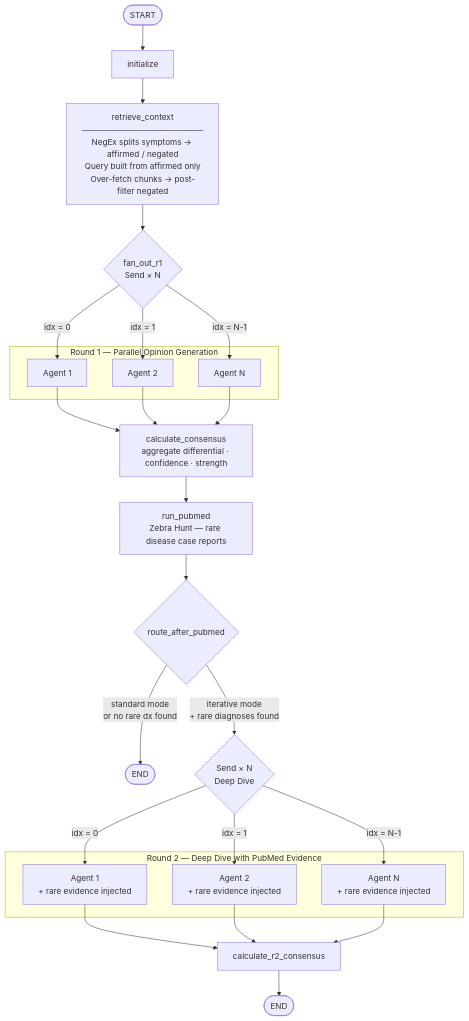
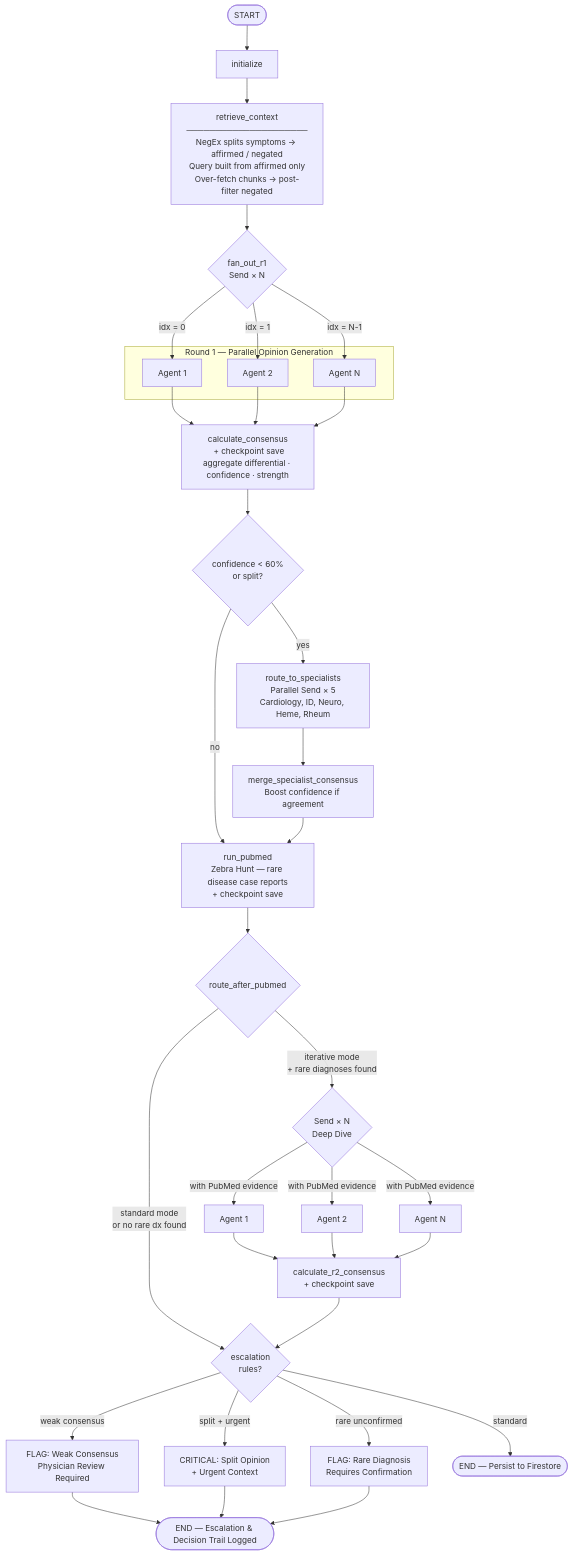
Before and after one commit to s23deepak/MedGemma: the diagram in README.md, drawn with Mermaid. The commit also changed other lines of this file, not shown here.

````diff
--- a/README.md
+++ b/README.md
@@ -43,38 +75,44 @@
 ```mermaid
 flowchart TD
     S([START]) --> A[initialize]
     A --> B["retrieve_context\n─────────────────────\nNegEx splits symptoms → affirmed / negated\nQuery built from affirmed only\nOver-fetch chunks → post-filter negated"]
 
     B --> F1{"fan_out_r1\nSend × N"}
 
     subgraph R1 ["Round 1 — Parallel Opinion Generation"]
         O1["Agent 1"]
         O2["Agent 2"]
         ON["Agent N"]
     end
 
     F1 -->|idx = 0| O1
     F1 -->|idx = 1| O2
     F1 -->|idx = N-1| ON
 
-    O1 & O2 & ON --> C["calculate_consensus\naggregate differential · confidence · strength"]
+    O1 & O2 & ON --> C["calculate_consensus\n + checkpoint save\naggregate differential · confidence · strength"]
 
-    C --> P["run_pubmed\nZebra Hunt — rare disease case reports"]
+    C --> RT1{confidence < 60%\nor split?}
+    RT1 -->|yes| SPEC["route_to_specialists\nParallel Send × 5\nCardiology, ID, Neuro, Heme, Rheum"]
+    RT1 -->|no| P["run_pubmed\nZebra Hunt — rare disease case reports\n+ checkpoint save"]
+
+    SPEC --> MSPEC["merge_specialist_consensus\nBoost confidence if agreement"]
+    MSPEC --> P
 
     P --> RT{route_after_pubmed}
-    RT -->|"standard mode\nor no rare dx found"| E1([END])
+    RT -->|"standard mode\nor no rare dx found"| ESCAL{escalation\nrules?}
     RT -->|"iterative mode\n+ rare diagnoses found"| F2{"Send × N\nDeep Dive"}
 
-    subgraph R2 ["Round 2 — Deep Dive with PubMed Evidence"]
-        P1["Agent 1\n+ rare evidence injected"]
-        P2["Agent 2\n+ rare evidence injected"]
-        PN["Agent N\n+ rare evidence injected"]
-    end
+    F2 -->|with PubMed evidence| P1["Agent 1"]
+    F2 -->|with PubMed evidence| P2["Agent 2"]
+    F2 -->|with PubMed evidence| PN["Agent N"]
 
-    F2 -->|idx = 0| P1
-    F2 -->|idx = 1| P2
-    F2 -->|idx = N-1| PN
+    P1 & P2 & PN --> C2["calculate_r2_consensus\n + checkpoint save"]
+    C2 --> ESCAL
 
-    P1 & P2 & PN --> C2["calculate_r2_consensus"]
-    C2 --> E2([END])
+    ESCAL -->|weak consensus| FLG1["FLAG: Weak Consensus\nPhysician Review Required"]
+    ESCAL -->|split + urgent| FLG2["CRITICAL: Split Opinion\n+ Urgent Context"]
+    ESCAL -->|rare unconfirmed| FLG3["FLAG: Rare Diagnosis\nRequires Confirmation"]
+    ESCAL -->|standard| E1([END — Persist to Firestore])
+
+    FLG1 & FLG2 & FLG3 --> E2([END — Escalation & Decision Trail Logged])
 ```
````
